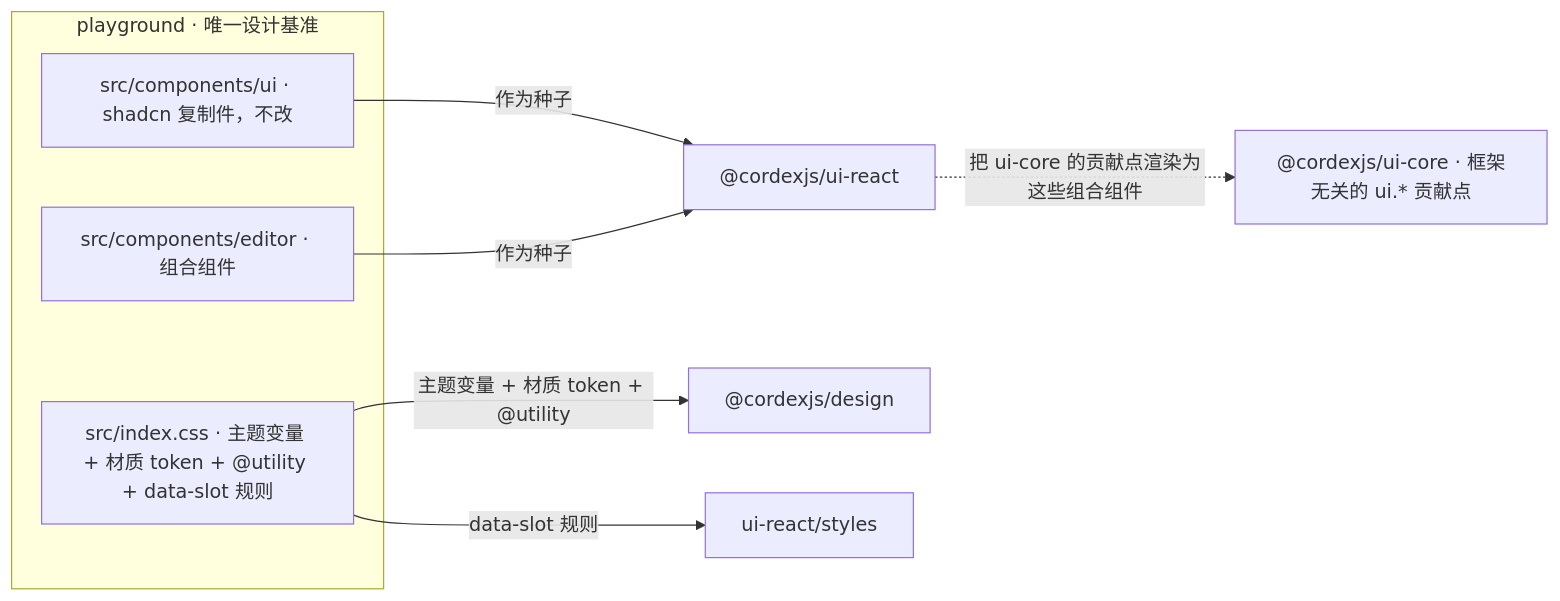
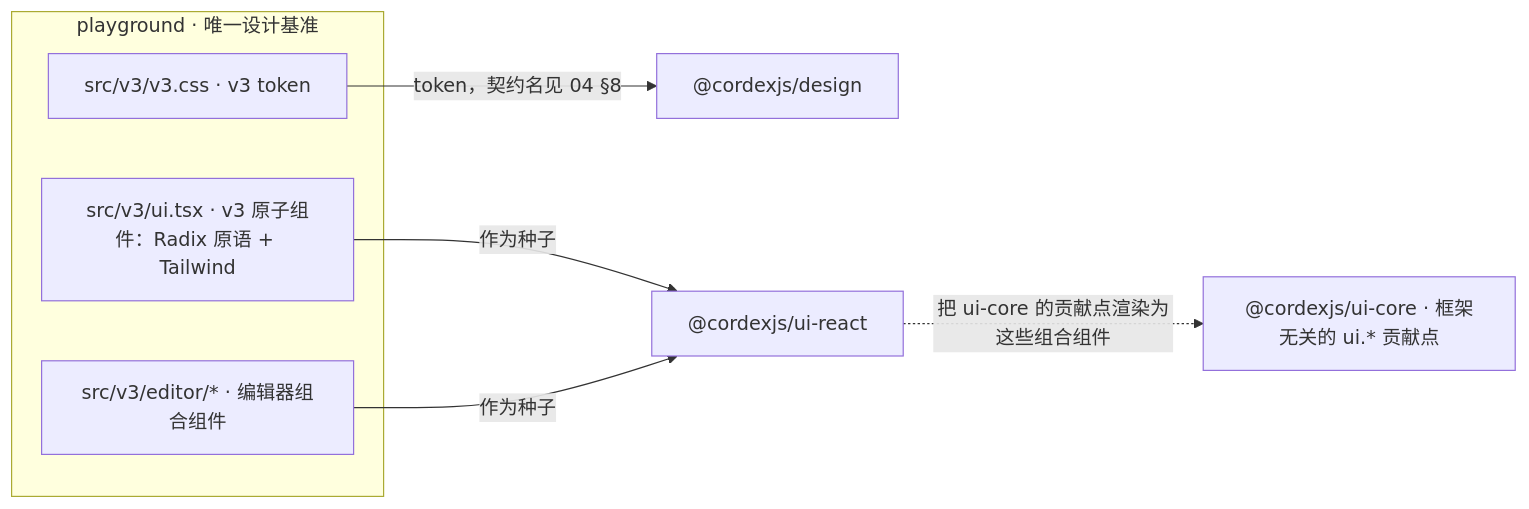
Before and after one commit to Xeonice/cordis-ppt-editor: the second of 3 diagrams in docs/20-design/09-design-specification.md, drawn with Mermaid. The commit also changed other lines of this file and 44 other files, not shown here.

````diff
--- a/docs/20-design/09-design-specification.md
+++ b/docs/20-design/09-design-specification.md
@@ -151,17 +308,15 @@
 ```mermaid
 flowchart LR
   subgraph pgd["playground · 唯一设计基准"]
-    ui["src/components/ui · shadcn 复制件，不改"]
-    ed["src/components/editor · 组合组件"]
-    css["src/index.css · 主题变量 + 材质 token + @utility + data-slot 规则"]
+    v3ui["src/v3/ui.tsx · v3 原子组件：Radix 原语 + Tailwind"]
+    v3ed["src/v3/editor/* · 编辑器组合组件"]
+    v3css["src/v3/v3.css · v3 token"]
   end
   design["@cordexjs/design"]
   uireact["@cordexjs/ui-react"]
-  styles["ui-react/styles"]
   uicore["@cordexjs/ui-core · 框架无关的 ui.* 贡献点"]
-  ui -->|"作为种子"| uireact
-  ed -->|"作为种子"| uireact
-  css -->|"主题变量 + 材质 token + @utility"| design
-  css -->|"data-slot 规则"| styles
+  v3ui -->|"作为种子"| uireact
+  v3ed -->|"作为种子"| uireact
+  v3css -->|"token，契约名见 04 §8"| design
   uireact -.->|"把 ui-core 的贡献点渲染为这些组合组件"| uicore
 ```
````
